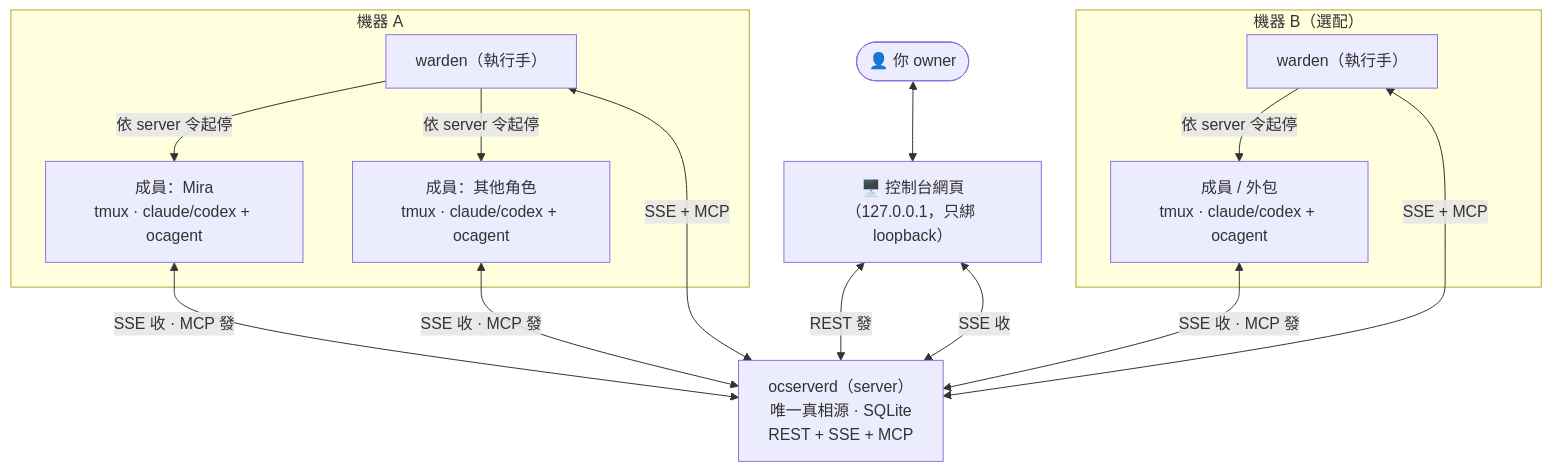
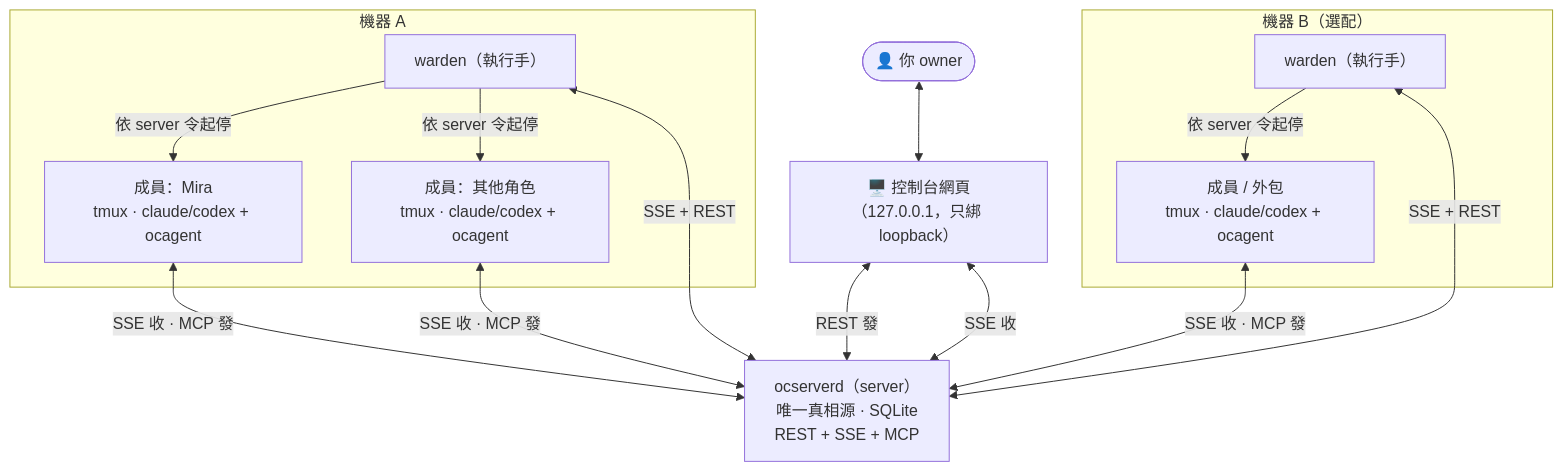
Before and after one commit to pkyosx/OffiCraft: the diagram in docs/guide/assets/architecture-overview.mmd, drawn with Mermaid. The commit also changed 11 other files, not shown here.

```diff
--- a/docs/guide/assets/architecture-overview.mmd
+++ b/docs/guide/assets/architecture-overview.mmd
@@ -1,34 +1,34 @@
 flowchart TB
 %% Source for architecture-overview.svg (the diagram embedded in
 %% docs/guide/architecture.md). The guide's Markdown renderer does not run
 %% mermaid, so this is pre-rendered to a static SVG. Regenerate after editing:
 %%   mmdc -i docs/guide/assets/architecture-overview.mmd -o docs/guide/assets/architecture-overview.svg --theme dark --backgroundColor '#1a1d24'
 %% (the dark background is baked in so the figure is self-contained and legible
 %% on the guide's dark doc surface.)
     owner(["👤 你 owner"])
     cockpit["🖥️ 控制台網頁<br/>（127.0.0.1，只綁 loopback）"]
     server["ocserverd（server）<br/>唯一真相源 · SQLite<br/>REST + SSE + MCP"]
 
     owner <--> cockpit
     cockpit <-->|REST 發| server
     cockpit <-->|SSE 收| server
 
     subgraph M1 ["機器 A"]
         wardenA["warden（執行手）"]
         agentA1["成員：Mira<br/>tmux · claude/codex + ocagent"]
         agentA2["成員：其他角色<br/>tmux · claude/codex + ocagent"]
         wardenA -->|依 server 令起停| agentA1
         wardenA -->|依 server 令起停| agentA2
     end
 
     subgraph M2 ["機器 B（選配）"]
         wardenB["warden（執行手）"]
         agentB1["成員 / 外包<br/>tmux · claude/codex + ocagent"]
         wardenB -->|依 server 令起停| agentB1
     end
 
-    wardenA <-->|SSE + MCP| server
-    wardenB <-->|SSE + MCP| server
+    wardenA <-->|SSE + REST| server
+    wardenB <-->|SSE + REST| server
     agentA1 <-->|SSE 收 · MCP 發| server
     agentA2 <-->|SSE 收 · MCP 發| server
     agentB1 <-->|SSE 收 · MCP 發| server
```
